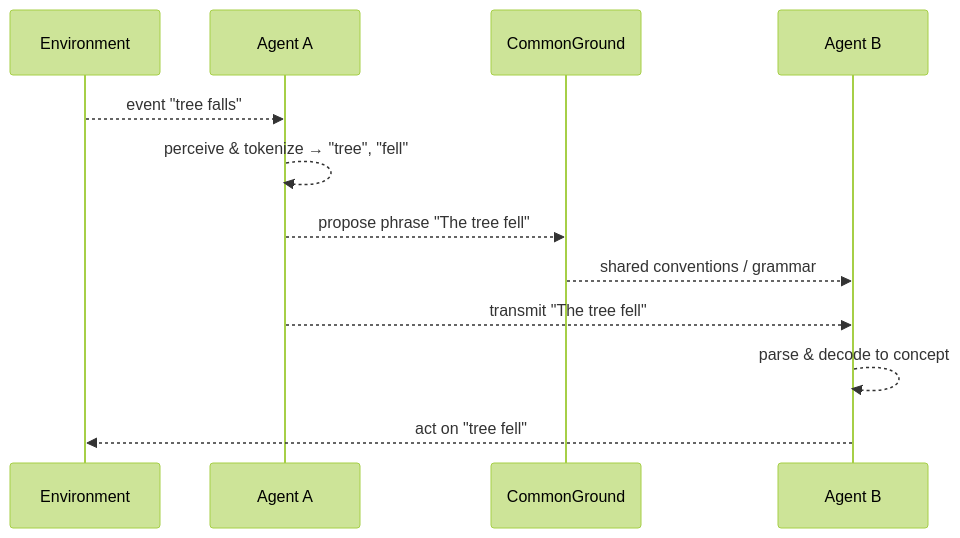
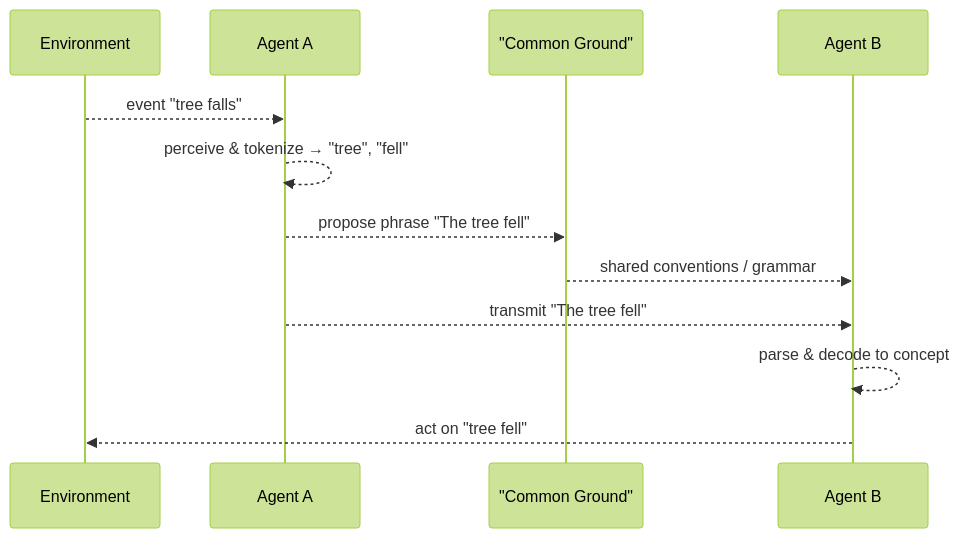
Before and after one commit to Staphylococcus/brain-from-brane: the seventh of 8 diagrams in docs/01-pattern-realism/1a-pathway-emergence.md, drawn with Mermaid (forest theme). The commit also changed other lines of this file, not shown here.

Commit message:
Small fix to copy

````diff
--- a/docs/01-pattern-realism/1a-pathway-emergence.md
+++ b/docs/01-pattern-realism/1a-pathway-emergence.md
@@ -147,15 +147,15 @@
 ```mermaid
 sequenceDiagram
   participant Env as Environment
   participant A as Agent A
-  participant CG as CommonGround
+  participant CG as "Common Ground"
   participant B as Agent B
 
   Env-->>A: event "tree falls"
   A-->>A: perceive & tokenize → "tree", "fell"
   A-->>CG: propose phrase "The tree fell"
   CG-->>B: shared conventions / grammar
   A-->>B: transmit "The tree fell"
   B-->>B: parse & decode to concept
   B-->>Env: act on "tree fell"
 ``` 
````
